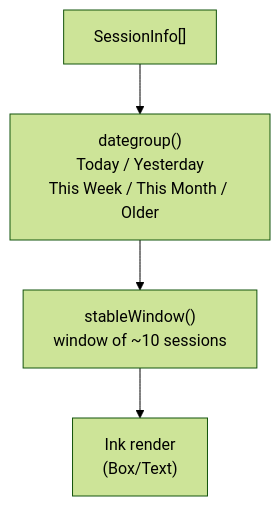
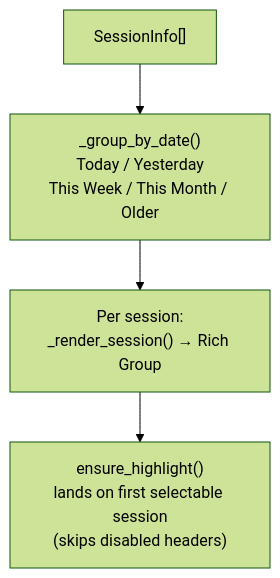
Before and after one commit to delexw/claude-code-trace: the seventh of 11 diagrams in specs/06-tui.md, drawn with Mermaid (forest theme). The commit also changed other lines of this file and 72 other files, not shown here.

````diff
--- a/specs/06-tui.md
+++ b/specs/06-tui.md
@@ -137,7 +207,7 @@
 ```mermaid
 flowchart TD
     SESSIONS["SessionInfo[]"]
-    SESSIONS --> DATE_BUCKET["dategroup()\nToday / Yesterday\nThis Week / This Month / Older"]
-    DATE_BUCKET --> WINDOW["stableWindow()\nwindow of ~10 sessions"]
-    WINDOW --> RENDER["Ink render\n(Box/Text)"]
+    SESSIONS --> DATE_BUCKET["_group_by_date()\nToday / Yesterday\nThis Week / This Month / Older"]
+    DATE_BUCKET --> RENDER["Per session:\n_render_session() → Rich Group"]
+    RENDER --> ENSURE["ensure_highlight()\nlands on first selectable session\n(skips disabled headers)"]
 ```
````
